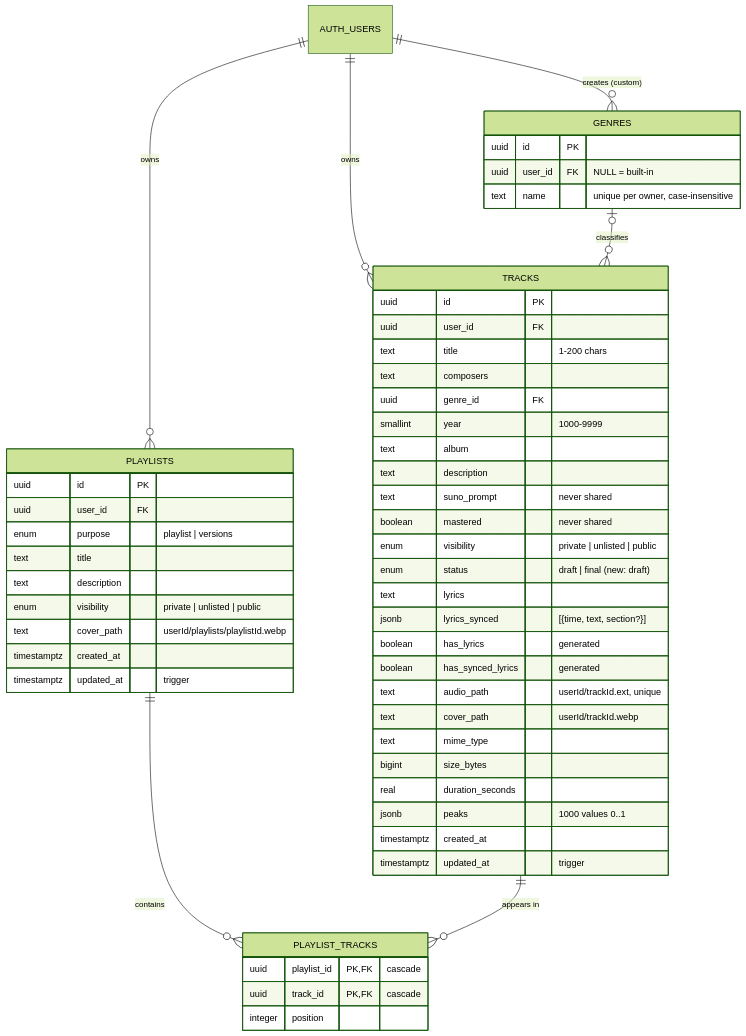
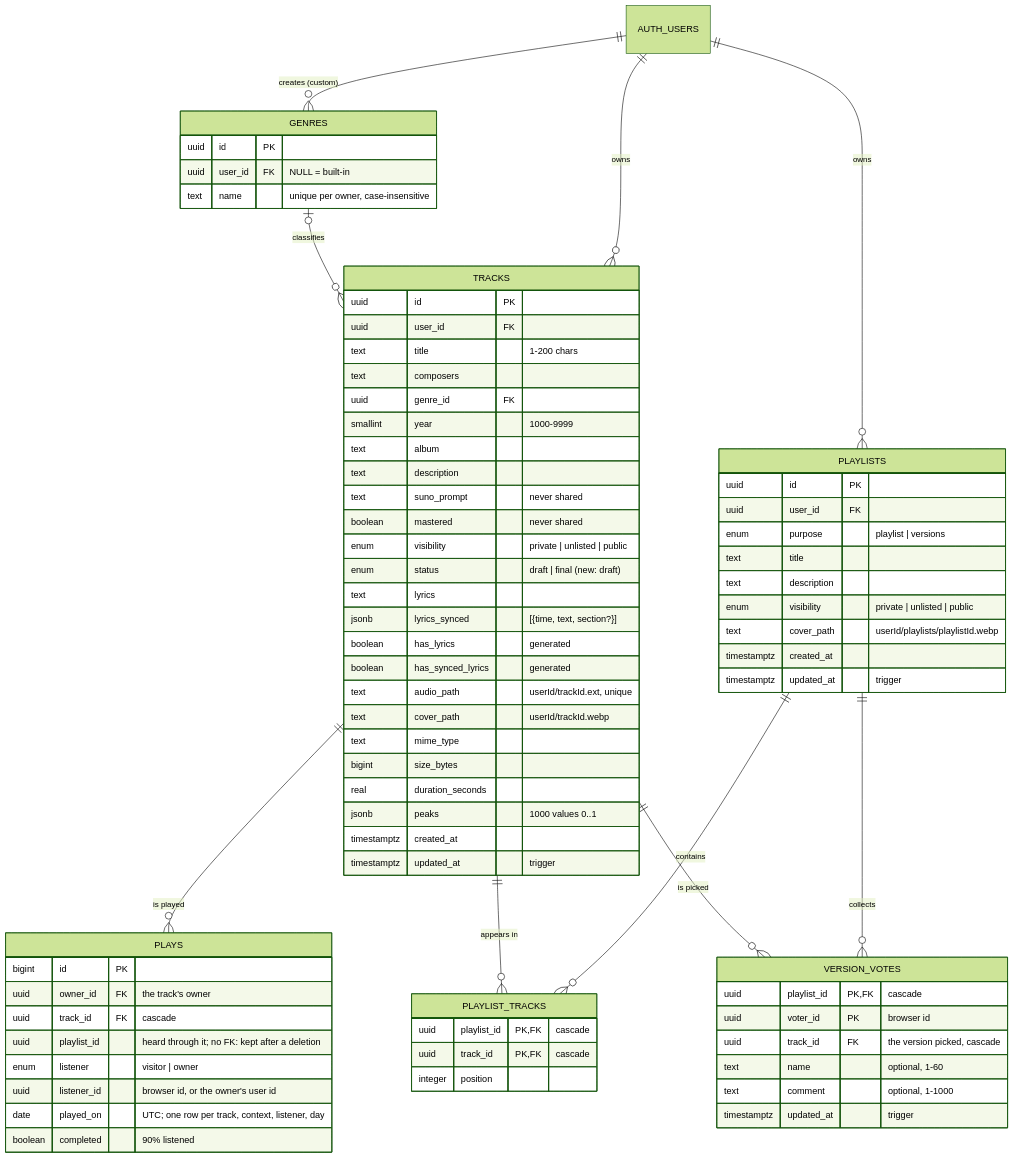
Diagram 13 of 13 in README.md (alesssz/Chronovault), drawn with Mermaid (forest theme) before and after one commit. The commit also changed other lines of this file and 42 other files, not shown here.

````diff
--- a/README.md
+++ b/README.md
@@ -915,57 +933,78 @@
 ```mermaid
 erDiagram
   AUTH_USERS ||--o{ TRACKS : owns
   AUTH_USERS ||--o{ GENRES : "creates (custom)"
   GENRES |o--o{ TRACKS : classifies
   AUTH_USERS ||--o{ PLAYLISTS : owns
   PLAYLISTS ||--o{ PLAYLIST_TRACKS : contains
   TRACKS ||--o{ PLAYLIST_TRACKS : "appears in"
+  TRACKS ||--o{ PLAYS : "is played"
+  PLAYLISTS ||--o{ VERSION_VOTES : "collects"
+  TRACKS ||--o{ VERSION_VOTES : "is picked"
 
   TRACKS {
     uuid id PK
     uuid user_id FK
     text title "1-200 chars"
     text composers
     uuid genre_id FK
     smallint year "1000-9999"
     text album
     text description
     text suno_prompt "never shared"
     boolean mastered "never shared"
     enum visibility "private | unlisted | public"
     enum status "draft | final (new: draft)"
     text lyrics
     jsonb lyrics_synced "[{time, text, section?}]"
     boolean has_lyrics "generated"
     boolean has_synced_lyrics "generated"
     text audio_path "userId/trackId.ext, unique"
     text cover_path "userId/trackId.webp"
     text mime_type
     bigint size_bytes
     real duration_seconds
     jsonb peaks "1000 values 0..1"
     timestamptz created_at
     timestamptz updated_at "trigger"
   }
   GENRES {
     uuid id PK
     uuid user_id FK "NULL = built-in"
     text name "unique per owner, case-insensitive"
   }
   PLAYLISTS {
     uuid id PK
     uuid user_id FK
     enum purpose "playlist | versions"
     text title
     text description
     enum visibility "private | unlisted | public"
     text cover_path "userId/playlists/playlistId.webp"
     timestamptz created_at
     timestamptz updated_at "trigger"
   }
   PLAYLIST_TRACKS {
     uuid playlist_id PK, FK "cascade"
     uuid track_id PK, FK "cascade"
     integer position
   }
+  PLAYS {
+    bigint id PK
+    uuid owner_id FK "the track's owner"
+    uuid track_id FK "cascade"
+    uuid playlist_id "heard through it; no FK: kept after a deletion"
+    enum listener "visitor | owner"
+    uuid listener_id "browser id, or the owner's user id"
+    date played_on "UTC; one row per track, context, listener, day"
+    boolean completed "90% listened"
+  }
+  VERSION_VOTES {
+    uuid playlist_id PK, FK "cascade"
+    uuid voter_id PK "browser id"
+    uuid track_id FK "the version picked, cascade"
+    text name "optional, 1-60"
+    text comment "optional, 1-1000"
+    timestamptz updated_at "trigger"
+  }
 ```
````
